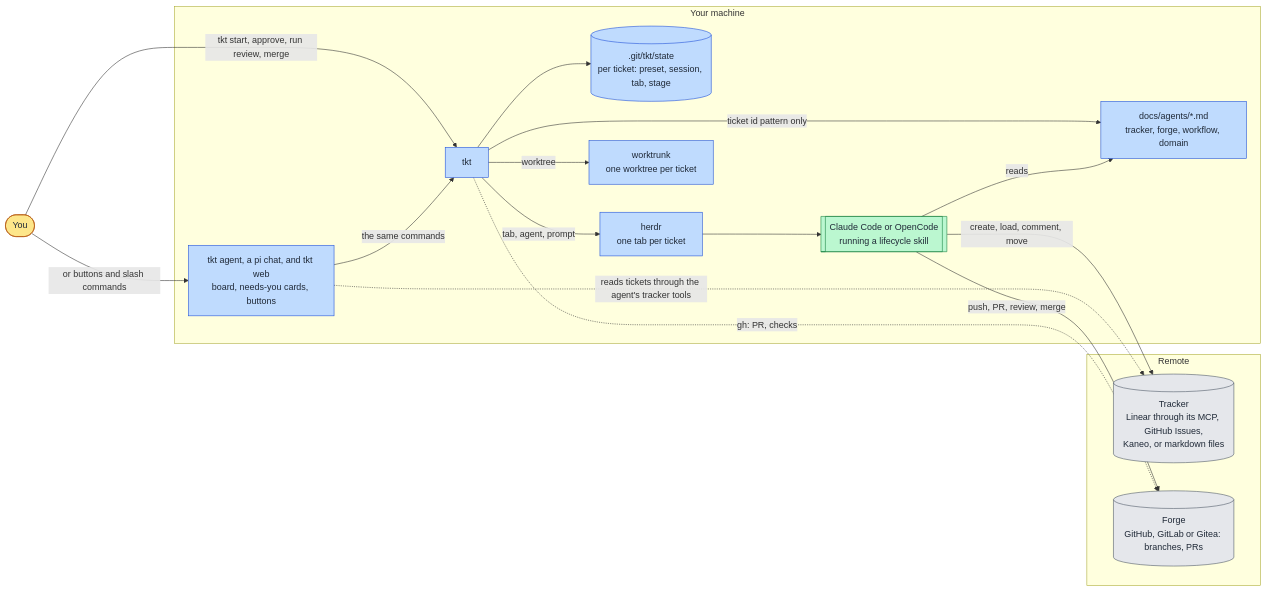
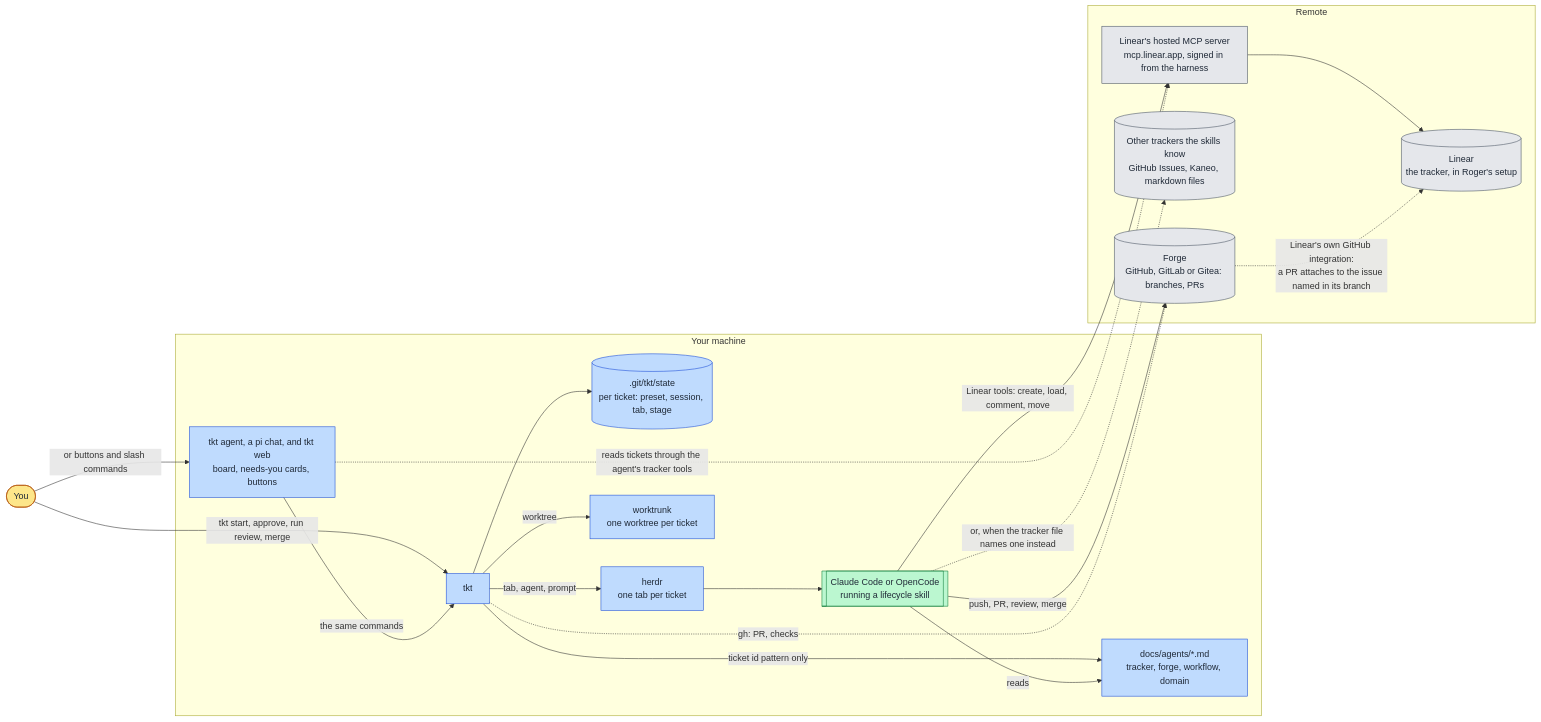
The second of 3 diagrams in docs/what-owns-what.md (infinitedusky/self-evident), drawn with Mermaid before and after one commit. The commit also changed other lines of this file, not shown here.

First line of the commit message:
Docs: Linear drawn into the three pictures

````diff
--- a/docs/what-owns-what.md
+++ b/docs/what-owns-what.md
@@ -50,37 +53,41 @@
 ```mermaid
 flowchart LR
   you([You])
   subgraph local[Your machine]
     chat[tkt agent, a pi chat, and tkt web<br/>board, needs-you cards, buttons]
     tkt[tkt]
     state[(.git/tkt/state<br/>per ticket: preset, session, tab, stage)]
     herdr[herdr<br/>one tab per ticket]
     wt[worktrunk<br/>one worktree per ticket]
     agent[[Claude Code or OpenCode<br/>running a lifecycle skill]]
     cfg[docs/agents/*.md<br/>tracker, forge, workflow, domain]
   end
   subgraph remote[Remote]
-    tracker[(Tracker<br/>Linear through its MCP, GitHub Issues,<br/>Kaneo, or markdown files)]
+    mcp[Linear's hosted MCP server<br/>mcp.linear.app, signed in from the harness]
+    lin[(Linear<br/>the tracker, in Roger's setup)]
+    other[(Other trackers the skills know<br/>GitHub Issues, Kaneo, markdown files)]
     forge[(Forge<br/>GitHub, GitLab or Gitea: branches, PRs)]
   end
   you -->|tkt start, approve, run review, merge| tkt
   you -->|or buttons and slash commands| chat -->|the same commands| tkt
   tkt --> state
   tkt -->|tab, agent, prompt| herdr --> agent
   tkt -->|worktree| wt
   tkt -->|ticket id pattern only| cfg
   agent -->|reads| cfg
-  agent -->|create, load, comment, move| tracker
+  agent -->|Linear tools: create, load, comment, move| mcp --> lin
+  agent -.->|or, when the tracker file names one instead| other
   agent -->|push, PR, review, merge| forge
   tkt -.->|gh: PR, checks| forge
-  chat -.->|reads tickets through the agent's tracker tools| tracker
+  chat -.->|reads tickets through the agent's tracker tools| mcp
+  forge -.->|Linear's own GitHub integration:<br/>a PR attaches to the issue named in its branch| lin
 
   classDef you fill:#fde68a,stroke:#b45309,color:#1f2937
   classDef tkt fill:#bfdbfe,stroke:#1d4ed8,color:#1f2937
   classDef skill fill:#bbf7d0,stroke:#15803d,color:#1f2937
   classDef ext fill:#e5e7eb,stroke:#4b5563,color:#1f2937
   class you you
   class chat,tkt,state,herdr,wt,cfg tkt
   class agent skill
-  class tracker,forge ext
+  class mcp,lin,other,forge ext
 ```
````
